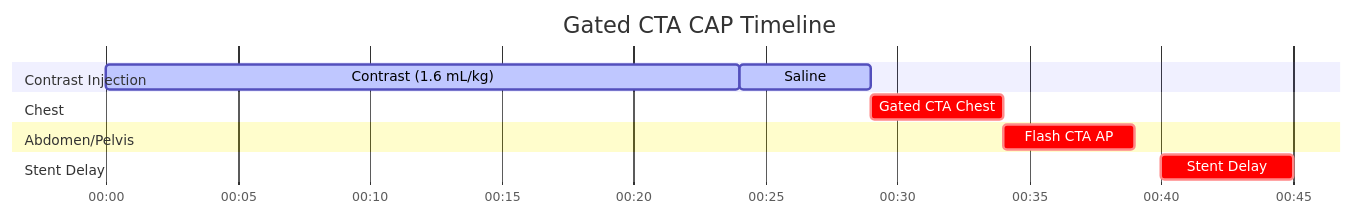
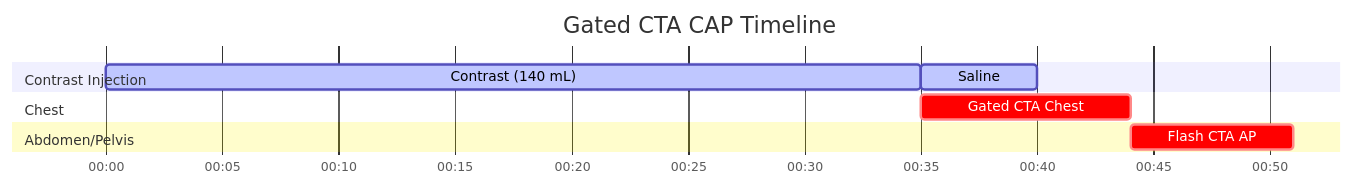
One commit to dfergs93/radiology-protocols changed the diagram in docs/ct/cardiac/gated-cta-cap.md. Above: the diagram before and after it, drawn with Mermaid. The commit also changed other lines of this file and 85 other files, not shown here.

Commit message:
Regenerate protocol markdown files with acquisition-diagram placeholder

````diff
--- a/docs/ct/cardiac/gated-cta-cap.md
+++ b/docs/ct/cardiac/gated-cta-cap.md
@@ -89,22 +86,20 @@
   ```mermaid
   ---
   displayMode: compact
   config:
     theme: default
     themeCSS: " #Saline{ fill: #4ed5ff; stroke: #2094f3; } "
   ---
     gantt
       title Gated CTA CAP Timeline
       dateFormat mm:ss
       axisFormat %M:%S 
       
       section Contrast Injection
-      Contrast (1.6 mL/kg)    :active, contrast, 00:00, 24s
+      Contrast (140 mL)    :active, contrast, 00:00, 35s
       Saline          :active, saline, after contrast, 5s
       section Chest
-      Gated CTA Chest    :crit, scan1, after saline, 5s
+      Gated CTA Chest    :crit, scan1, after contrast, 9.0s
       section Abdomen/Pelvis
-      Flash CTA AP    :crit, scan2, after scan1, 5s
-      section Stent Delay
-      Stent Delay    :crit, scan3, 00:40, 5s
+      Flash CTA AP    :crit, scan2, after scan1, 7s
   ```
````
